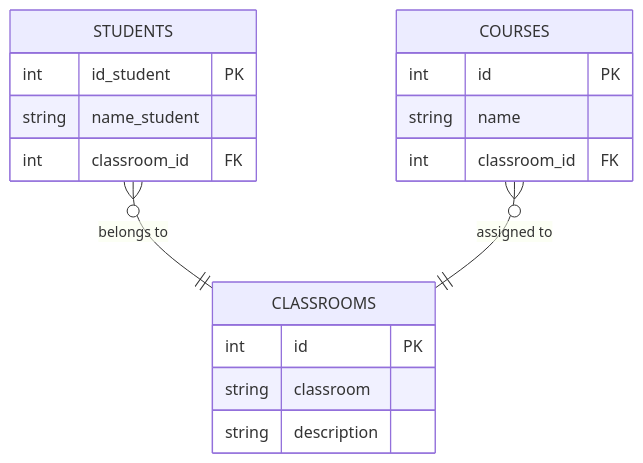
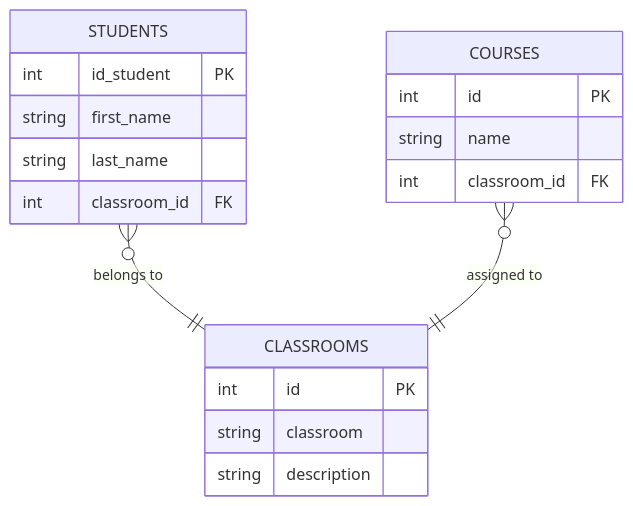
Before and after one commit to iulian640/sql-exercises: the diagram in Ej. - Students-Classrooms-Courses/README.md, drawn with Mermaid. The commit also changed other lines of this file and 2 other files, not shown here.

Commit message:
fix: separa name_student en first_name y last_name (1FN) en readme y diagramas

````diff
--- a/Ej. - Students-Classrooms-Courses/README.md
+++ b/Ej. - Students-Classrooms-Courses/README.md
@@ -46,21 +47,22 @@
 ```mermaid
 erDiagram
     STUDENTS {
         int id_student PK
-        string name_student
+        string first_name
+        string last_name
         int classroom_id FK
     }
     CLASSROOMS {
         int id PK
         string classroom
         string description
     }
     COURSES {
         int id PK
         string name
         int classroom_id FK
     }
 
     STUDENTS }o--|| CLASSROOMS : "belongs to"
     COURSES }o--|| CLASSROOMS : "assigned to"
 ```
````
